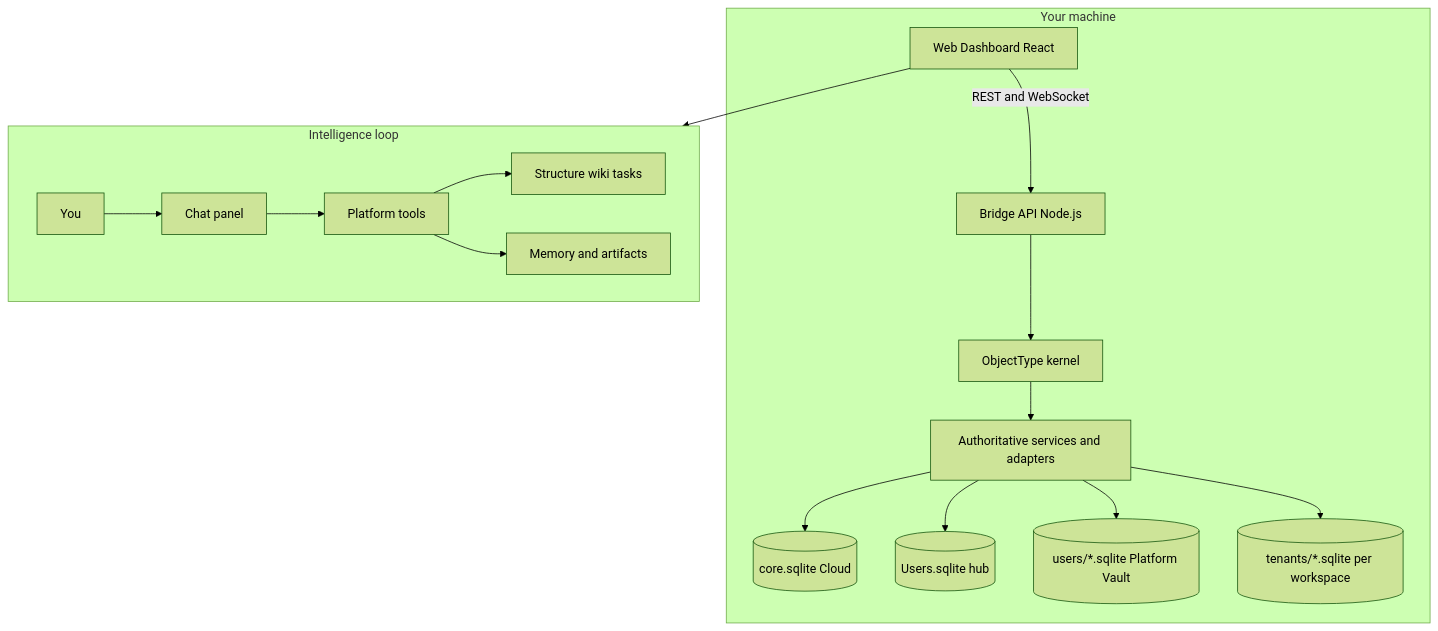
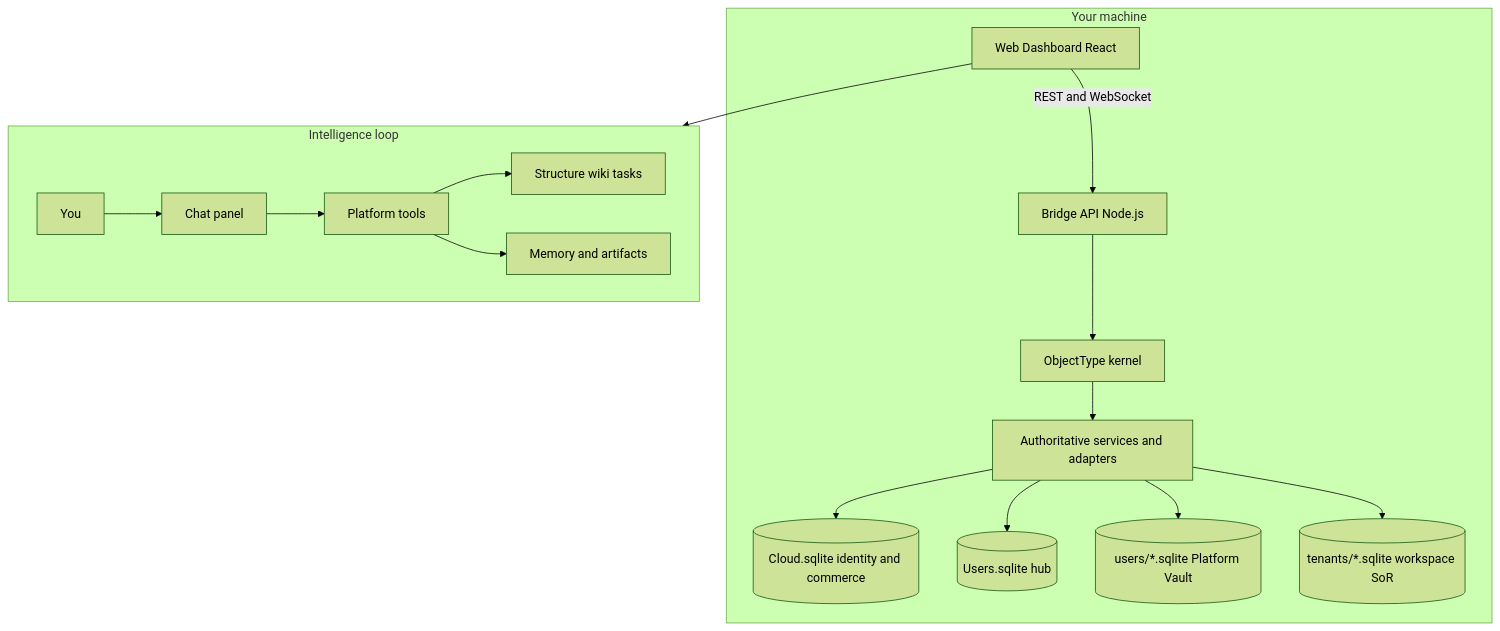
One commit to ReBoticsAI/GodMode changed the first of 4 diagrams in README.md. Above: the diagram before and after it, drawn with Mermaid (forest theme). The commit also changed 15 other files, not shown here.

````diff
--- a/README.md
+++ b/README.md
@@ -69,27 +69,27 @@
 ```mermaid
 flowchart TB
   subgraph client [Your machine]
     Web[Web Dashboard React]
     Bridge[Bridge API Node.js]
     Kernel[ObjectType kernel]
     Services[Authoritative services and adapters]
-    CloudDb[(core.sqlite Cloud)]
+    CloudDb[(Cloud.sqlite identity and commerce)]
     HostUsersDb[(Users.sqlite hub)]
     UserDb[(users/*.sqlite Platform Vault)]
-    TenantDb[(tenants/*.sqlite per workspace)]
+    TenantDb[(tenants/*.sqlite workspace SoR)]
     Web -->|REST and WebSocket| Bridge
     Bridge --> Kernel
     Kernel --> Services
     Services --> CloudDb
     Services --> HostUsersDb
     Services --> UserDb
     Services --> TenantDb
   end
   subgraph intelligence [Intelligence loop]
     User[You] --> Chat[Chat panel]
     Chat --> Tools[Platform tools]
     Tools --> Structure[Structure wiki tasks]
     Tools --> Memory[Memory and artifacts]
   end
   Web --> intelligence
 ```
````
